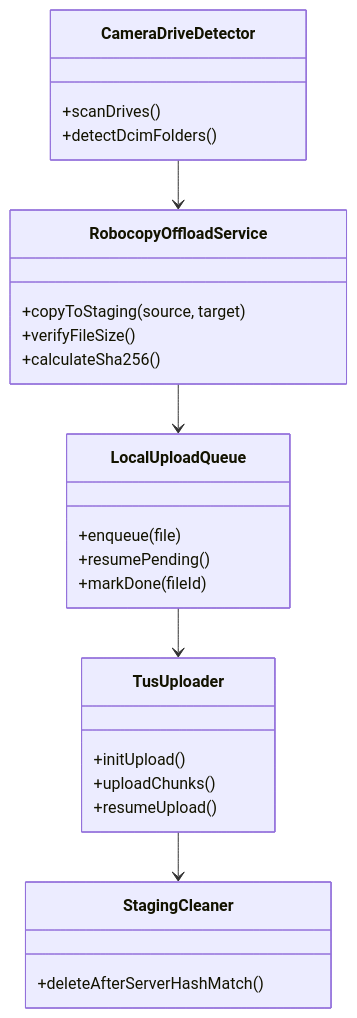
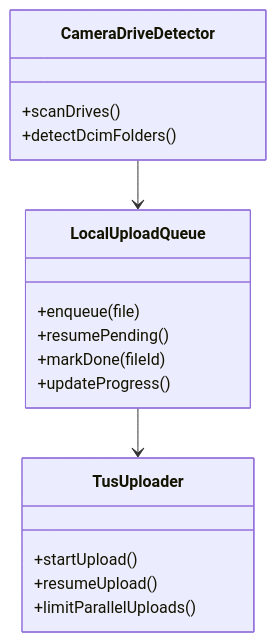
The fifth of 5 diagrams in docs/ARCHITECTURE.md (K1rigayakun/rekam_kominfo), drawn with Mermaid before and after one commit. The commit also changed other lines of this file and 118 other files, not shown here.

````diff
--- a/docs/ARCHITECTURE.md
+++ b/docs/ARCHITECTURE.md
@@ -135,30 +135,21 @@
 ```mermaid
 classDiagram
   class CameraDriveDetector {
     +scanDrives()
     +detectDcimFolders()
   }
-  class RobocopyOffloadService {
-    +copyToStaging(source, target)
-    +verifyFileSize()
-    +calculateSha256()
-  }
   class LocalUploadQueue {
     +enqueue(file)
     +resumePending()
     +markDone(fileId)
+    +updateProgress()
   }
   class TusUploader {
-    +initUpload()
-    +uploadChunks()
+    +startUpload()
     +resumeUpload()
-  }
-  class StagingCleaner {
-    +deleteAfterServerHashMatch()
+    +limitParallelUploads()
   }
 
-  CameraDriveDetector --> RobocopyOffloadService
-  RobocopyOffloadService --> LocalUploadQueue
+  CameraDriveDetector --> LocalUploadQueue
   LocalUploadQueue --> TusUploader
-  TusUploader --> StagingCleaner
 ```
````
